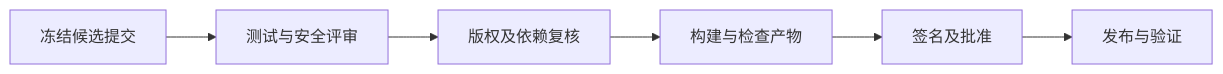
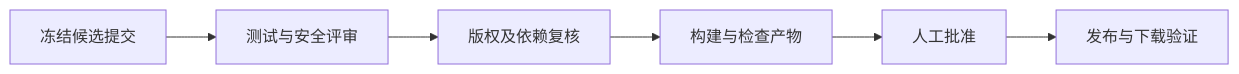
One commit to qq940500529/secretbridge changed the diagram in docs/开源治理与发布.md. Above: the diagram before and after it, drawn with Mermaid. The commit also changed other lines of this file and 13 other files, not shown here.

````diff
--- a/docs/开源治理与发布.md
+++ b/docs/开源治理与发布.md
@@ -78,8 +78,8 @@
 ```mermaid
 flowchart LR
     A["冻结候选提交"] --> B["测试与安全评审"]
     B --> C["版权及依赖复核"]
     C --> D["构建与检查产物"]
-    D --> E["签名及批准"]
-    E --> F["发布与验证"]
+    D --> E["人工批准"]
+    E --> F["发布与下载验证"]
 ```
````
